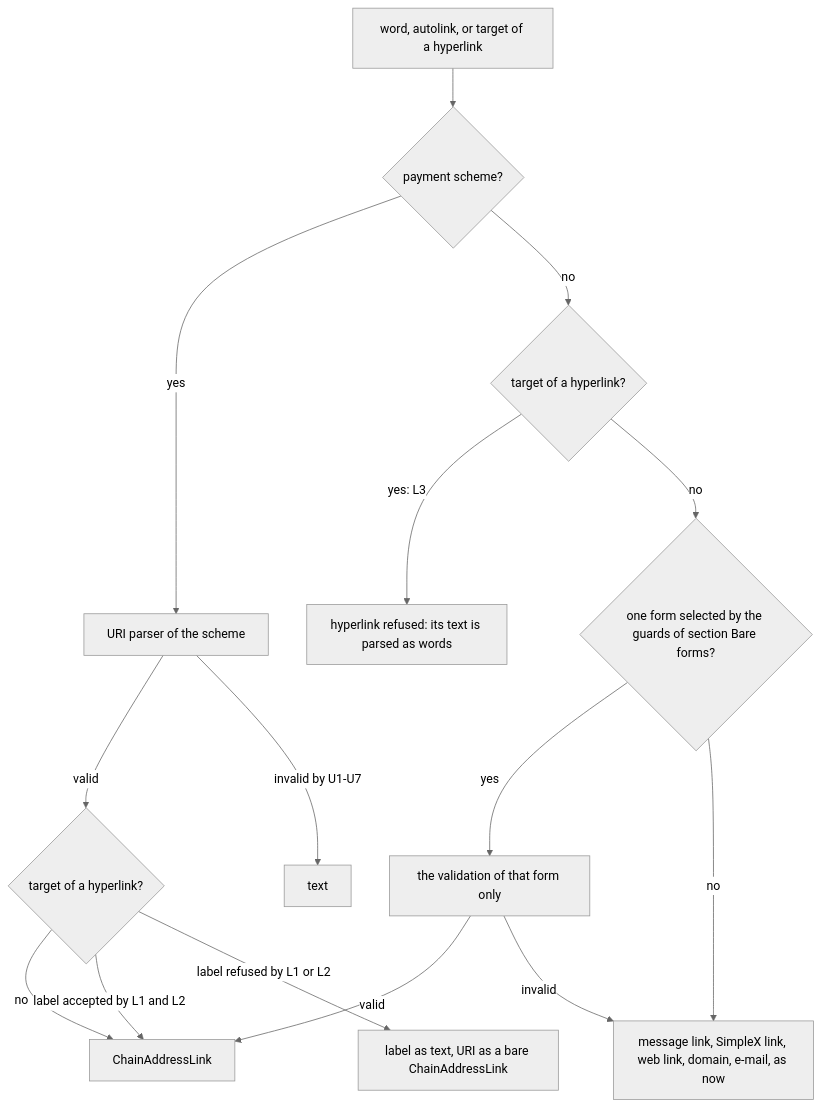
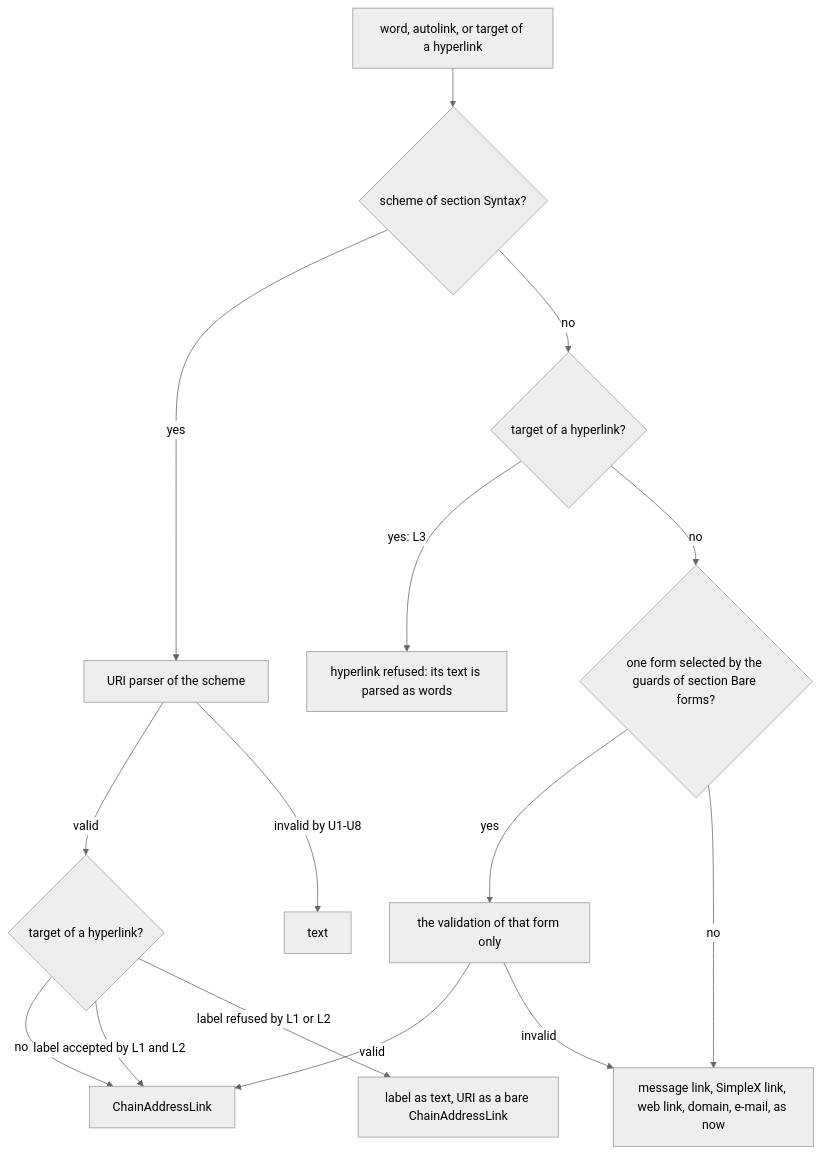
Before and after one commit to simplex-chat/simplex-chat: the second of 9 diagrams in plans/2026-11-22-payment-addresses.md, drawn with Mermaid (neutral theme). The commit also changed other lines of this file, not shown here.

````diff
--- a/plans/2026-11-22-payment-addresses.md
+++ b/plans/2026-11-22-payment-addresses.md
@@ -318,17 +337,17 @@
 ```mermaid
 flowchart TD
-  W["word, autolink, or target of a hyperlink"] --> S{"payment scheme?"}
+  W["word, autolink, or target of a hyperlink"] --> S{"scheme of section Syntax?"}
   S -->|yes| U["URI parser of the scheme"]
   S -->|no| H{"target of a hyperlink?"}
   H -->|"yes: L3"| X["hyperlink refused: its text is parsed as words"]
   H -->|no| B{"one form selected by the guards of section Bare forms?"}
   B -->|yes| V["the validation of that form only"]
   B -->|no| O["message link, SimpleX link, web link, domain, e-mail, as now"]
   U -->|valid| L{"target of a hyperlink?"}
-  U -->|"invalid by U1-U7"| T["text"]
+  U -->|"invalid by U1-U8"| T["text"]
   V -->|valid| P["ChainAddressLink"]
   V -->|invalid| O
   L -->|no| P
   L -->|"label accepted by L1 and L2"| P
   L -->|"label refused by L1 or L2"| R["label as text, URI as a bare ChainAddressLink"]
 ```
````
